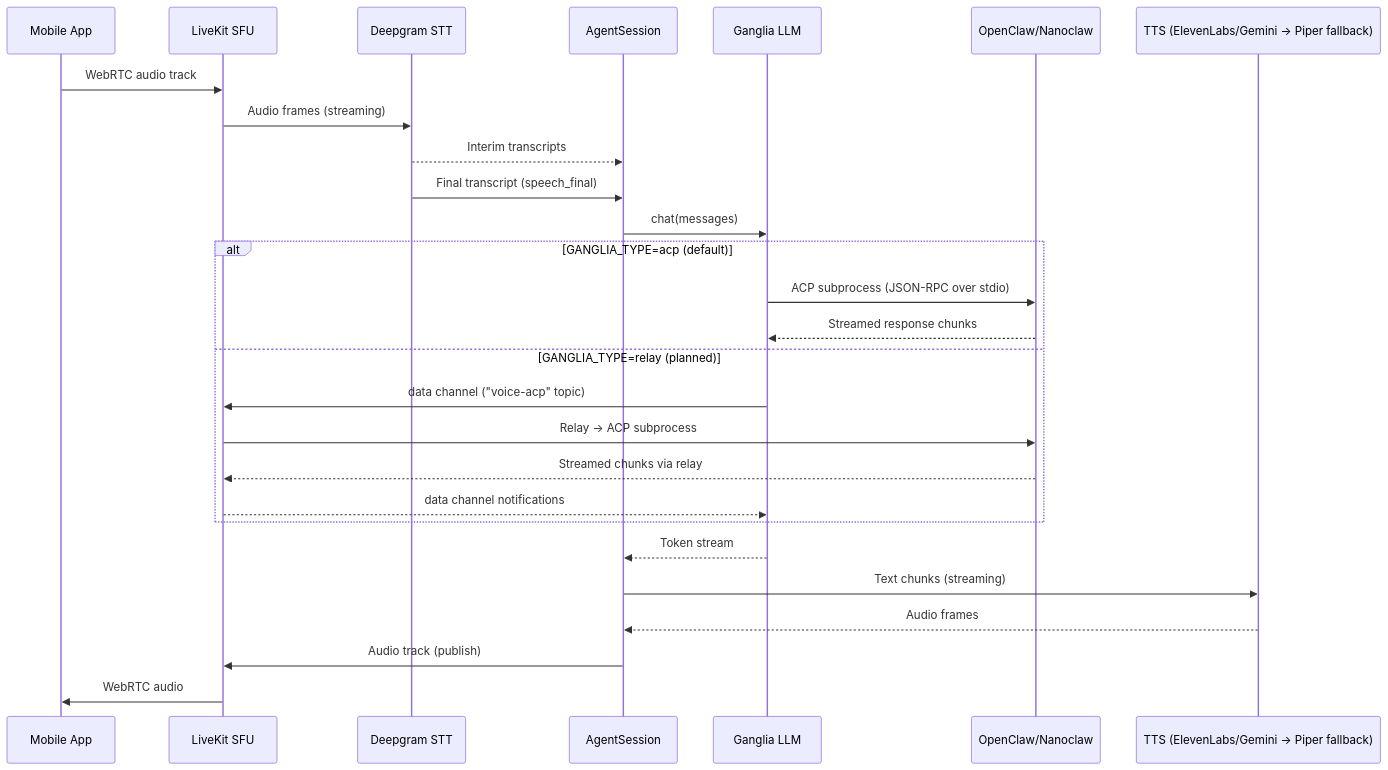
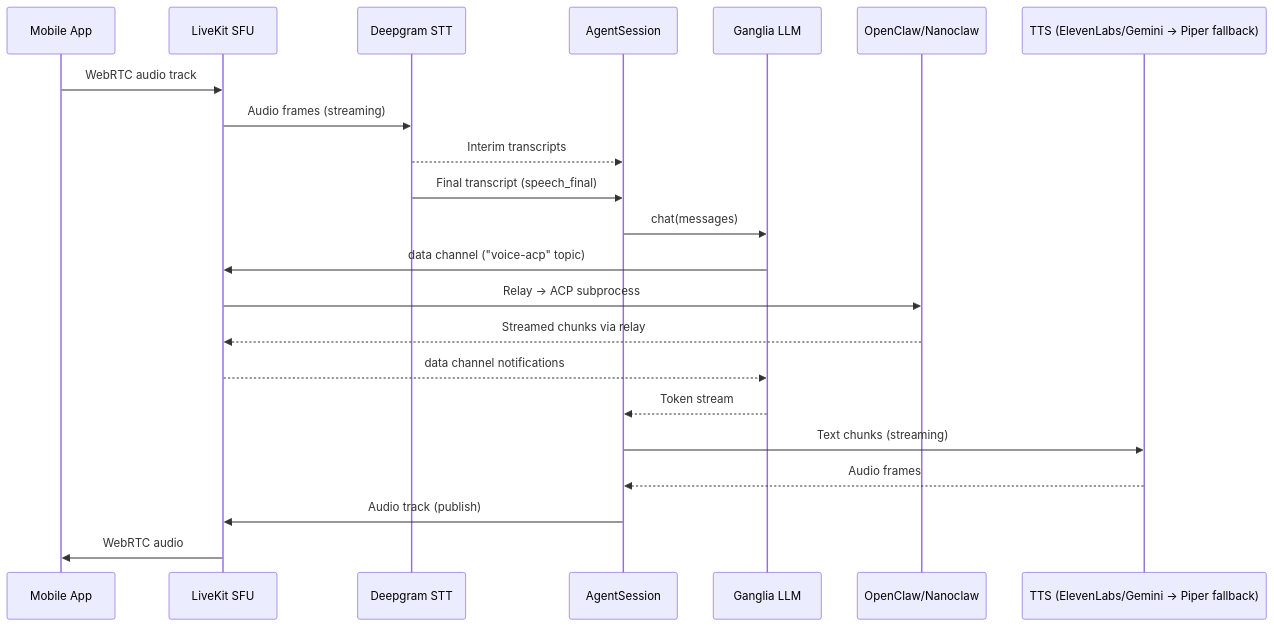
The diagram in docs/architecture/voice-pipeline.md (dremonkey/fletcher), drawn with Mermaid before and after one commit. The commit also changed other lines of this file and 3 other files, not shown here.

First line of the commit message:
docs(architecture): update all docs to reflect relay as default backend

````diff
--- a/docs/architecture/voice-pipeline.md
+++ b/docs/architecture/voice-pipeline.md
@@ -7,34 +7,29 @@
 ```mermaid
 sequenceDiagram
     participant Phone as Mobile App
     participant LK as LiveKit SFU
     participant STT as Deepgram STT
     participant Agent as AgentSession
     participant LLM as Ganglia LLM
     participant Brain as OpenClaw/Nanoclaw
     participant TTS as TTS (ElevenLabs/Gemini → Piper fallback)
 
     Phone->>LK: WebRTC audio track
     LK->>STT: Audio frames (streaming)
     STT-->>Agent: Interim transcripts
     STT->>Agent: Final transcript (speech_final)
 
     Agent->>LLM: chat(messages)
 
-    alt GANGLIA_TYPE=acp (default)
-        LLM->>Brain: ACP subprocess (JSON-RPC over stdio)
-        Brain-->>LLM: Streamed response chunks
-    else GANGLIA_TYPE=relay (planned)
-        LLM->>LK: data channel ("voice-acp" topic)
-        LK->>Brain: Relay → ACP subprocess
-        Brain-->>LK: Streamed chunks via relay
-        LK-->>LLM: data channel notifications
-    end
+    LLM->>LK: data channel ("voice-acp" topic)
+    LK->>Brain: Relay → ACP subprocess
+    Brain-->>LK: Streamed chunks via relay
+    LK-->>LLM: data channel notifications
 
     LLM-->>Agent: Token stream
 
     Agent->>TTS: Text chunks (streaming)
     TTS-->>Agent: Audio frames
     Agent->>LK: Audio track (publish)
     LK->>Phone: WebRTC audio
 ```
````
